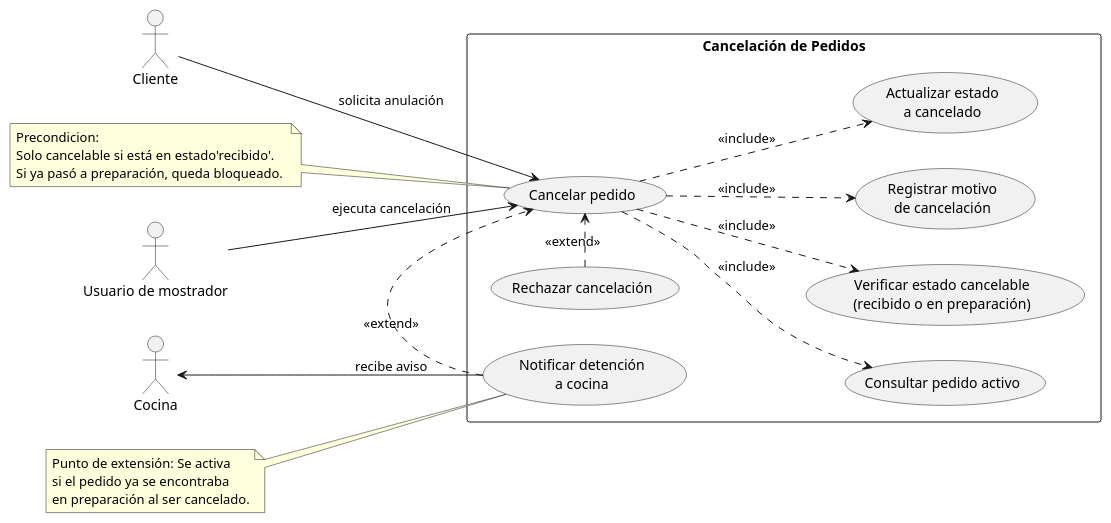
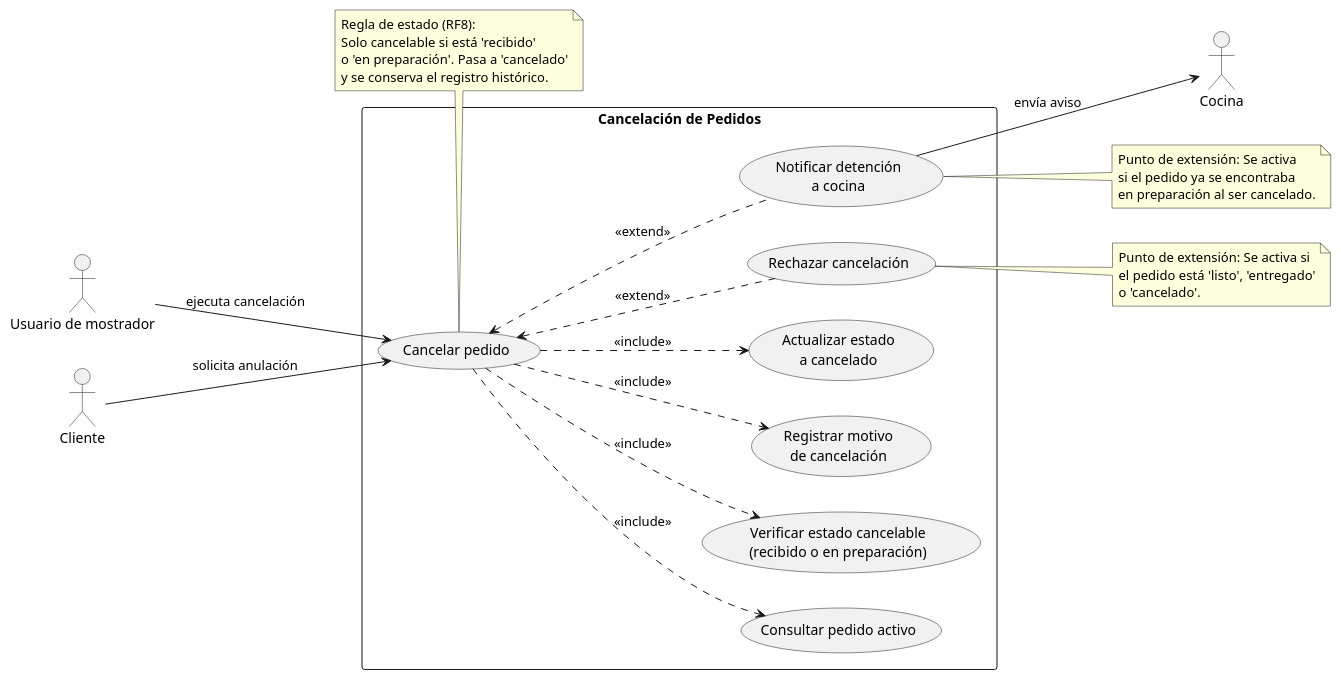
One commit to cmariano93-netizen/SistemaPedidos changed the diagram in diagramas/02-casos-de-uso/02-cancelar-pedido.puml. Above: the diagram before and after it, drawn with PlantUML. The commit also changed 14 other files, not shown here.

First line of the commit message:
fix: alinear reglas de estado en diagramas de casos de uso (RC5)

```diff
--- a/diagramas/02-casos-de-uso/02-cancelar-pedido.puml
+++ b/diagramas/02-casos-de-uso/02-cancelar-pedido.puml
@@ -1,41 +1,51 @@
 @startuml
 left to right direction
+skinparam packageStyle rectangle
+skinparam shadowing false
 
 actor "Usuario de mostrador" as Mostrador
 actor "Cliente" as Cliente
 actor "Cocina" as Cocina
 
 rectangle "Cancelación de Pedidos" {
   usecase "Cancelar pedido" as UC_Cancelar
   usecase "Consultar pedido activo" as UC_Consultar
   usecase "Verificar estado cancelable\n(recibido o en preparación)" as UC_VerificarEstado
   usecase "Registrar motivo\nde cancelación" as UC_Motivo
   usecase "Actualizar estado\na cancelado" as UC_EstadoCancelado
   usecase "Notificar detención\na cocina" as UC_NotificarCocina
   usecase "Rechazar cancelación" as UC_Rechazar
 }
 
 Cliente --> UC_Cancelar : solicita anulación
 Mostrador --> UC_Cancelar : ejecuta cancelación
-Cocina <-- UC_NotificarCocina : recibe aviso
 
-UC_Cancelar -d.> UC_Consultar : <<include>>
-UC_Cancelar -d.> UC_VerificarEstado : <<include>>
-UC_Cancelar -d.> UC_Motivo : <<include>>
-UC_Cancelar -d.> UC_EstadoCancelado : <<include>>
+UC_Cancelar ..> UC_Consultar : <<include>>
+UC_Cancelar ..> UC_VerificarEstado : <<include>>
+UC_Cancelar ..> UC_Motivo : <<include>>
+UC_Cancelar ..> UC_EstadoCancelado : <<include>>
 
-UC_NotificarCocina .> UC_Cancelar : <<extend>>
-UC_Rechazar .> UC_Cancelar : <<extend>>
+UC_Cancelar <.. UC_NotificarCocina : <<extend>>
+UC_Cancelar <.. UC_Rechazar : <<extend>>
 
-note left of UC_Cancelar
-  Precondicion:
-  Solo cancelable si está en estado'recibido'.
-  Si ya pasó a preparación, queda bloqueado. 
+UC_NotificarCocina --> Cocina : envía aviso
+
+note bottom of UC_Cancelar
+  Regla de estado (RF8):
+  Solo cancelable si está 'recibido'
+  o 'en preparación'. Pasa a 'cancelado'
+  y se conserva el registro histórico.
 end note
 
-note left of UC_NotificarCocina
+note right of UC_NotificarCocina
   Punto de extensión: Se activa
   si el pedido ya se encontraba
   en preparación al ser cancelado.
 end note
+
+note right of UC_Rechazar
+  Punto de extensión: Se activa si
+  el pedido está 'listo', 'entregado'
+  o 'cancelado'.
+end note
 @enduml
```
